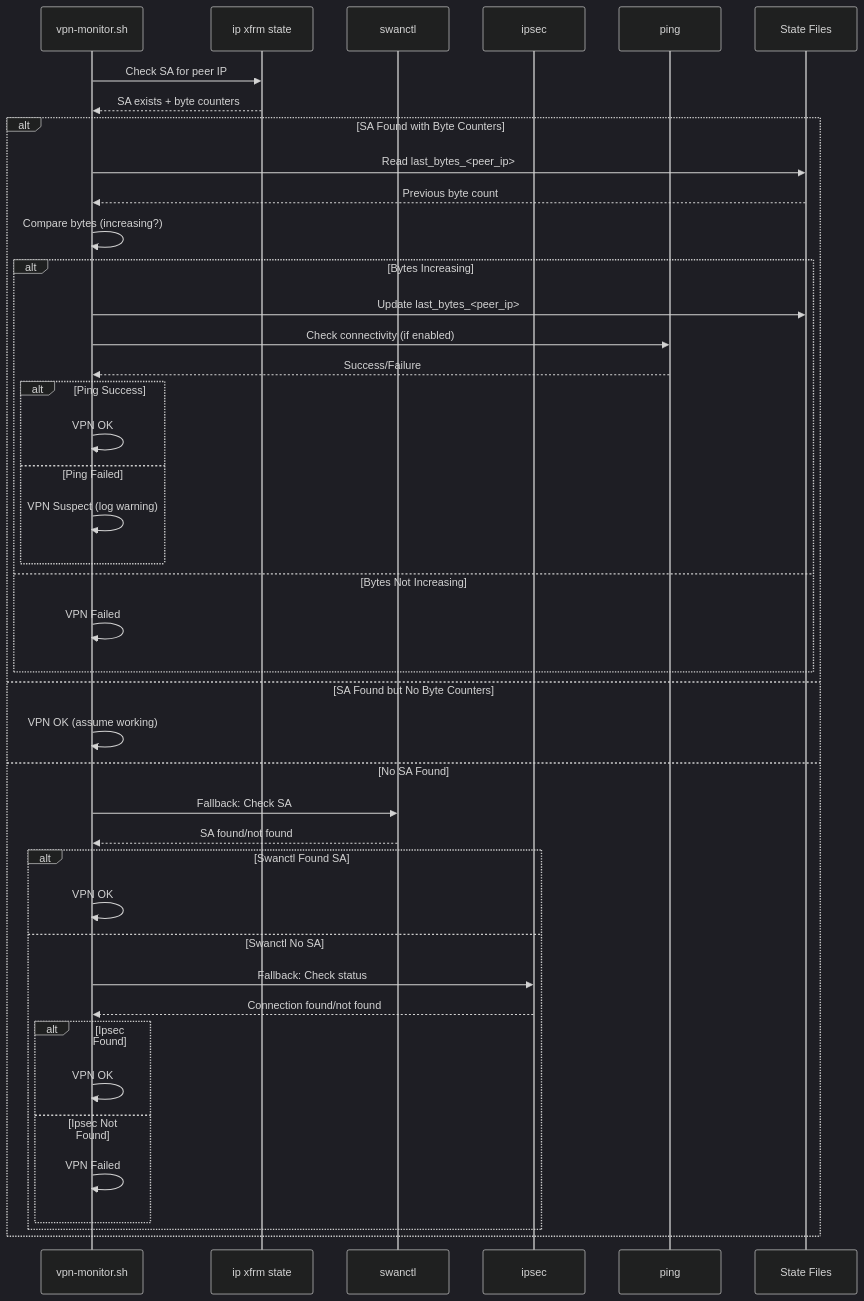
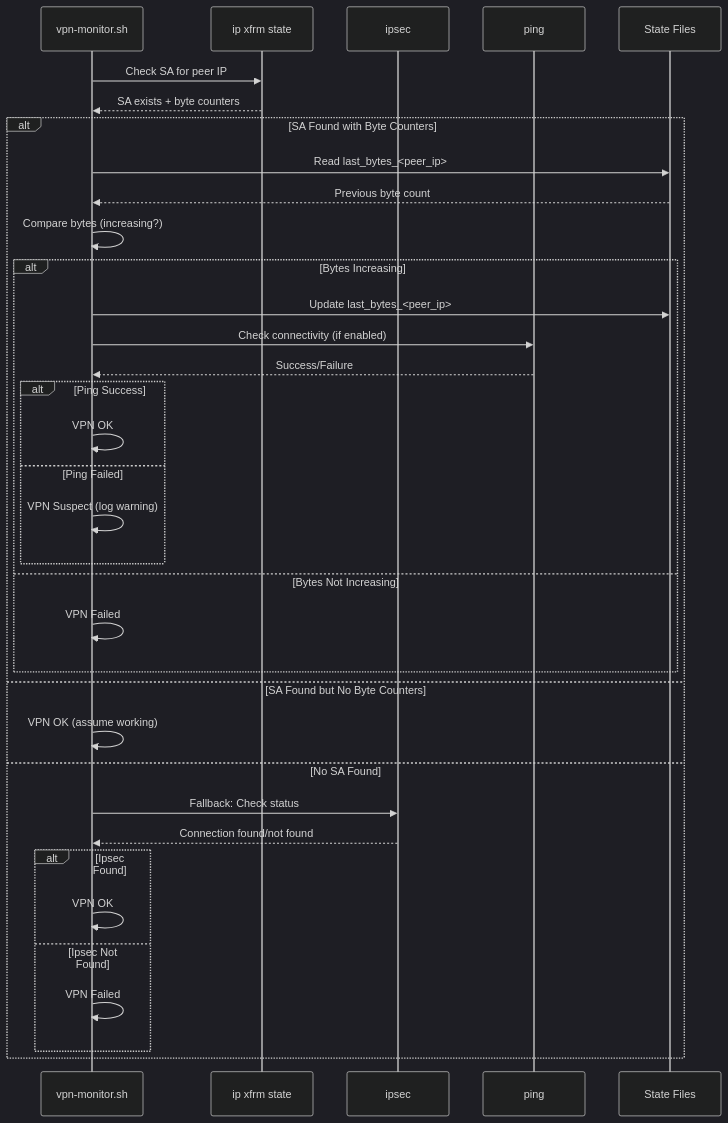
The third of 6 diagrams in ARCHITECTURE.md (Eccentric-Quality-Solutions/udm-vpn-monitor), drawn with Mermaid (dark theme) before and after one commit. The commit also changed other lines of this file and 26 other files, not shown here.

Commit message:
- Remove swanctl, avoid installing unsupported utility - Simple script to check available commands on UDM OS - Adding and updating tests and config   - Now fail fast and stream test output to terminal   - Ability to rerun only failing tests - Fix lockfile bug - Minor fixes

````diff
--- a/ARCHITECTURE.md
+++ b/ARCHITECTURE.md
@@ -173,47 +169,40 @@
 ```mermaid
 sequenceDiagram
     participant Script as vpn-monitor.sh
     participant Xfrm as ip xfrm state
-    participant Swanctl as swanctl
     participant Ipsec as ipsec
     participant Ping as ping
     participant State as State Files
     
     Script->>Xfrm: Check SA for peer IP
     Xfrm-->>Script: SA exists + byte counters
     
     alt SA Found with Byte Counters
         Script->>State: Read last_bytes_<peer_ip>
         State-->>Script: Previous byte count
         Script->>Script: Compare bytes (increasing?)
         
         alt Bytes Increasing
             Script->>State: Update last_bytes_<peer_ip>
             Script->>Ping: Check connectivity (if enabled)
             Ping-->>Script: Success/Failure
             alt Ping Success
                 Script->>Script: VPN OK
             else Ping Failed
                 Script->>Script: VPN Suspect (log warning)
             end
         else Bytes Not Increasing
             Script->>Script: VPN Failed
         end
     else SA Found but No Byte Counters
         Script->>Script: VPN OK (assume working)
     else No SA Found
-        Script->>Swanctl: Fallback: Check SA
-        Swanctl-->>Script: SA found/not found
-        alt Swanctl Found SA
+        Script->>Ipsec: Fallback: Check status
+        Ipsec-->>Script: Connection found/not found
+        alt Ipsec Found
             Script->>Script: VPN OK
-        else Swanctl No SA
-            Script->>Ipsec: Fallback: Check status
-            Ipsec-->>Script: Connection found/not found
-            alt Ipsec Found
-                Script->>Script: VPN OK
-            else Ipsec Not Found
-                Script->>Script: VPN Failed
-            end
+        else Ipsec Not Found
+            Script->>Script: VPN Failed
         end
     end
 ```
````
